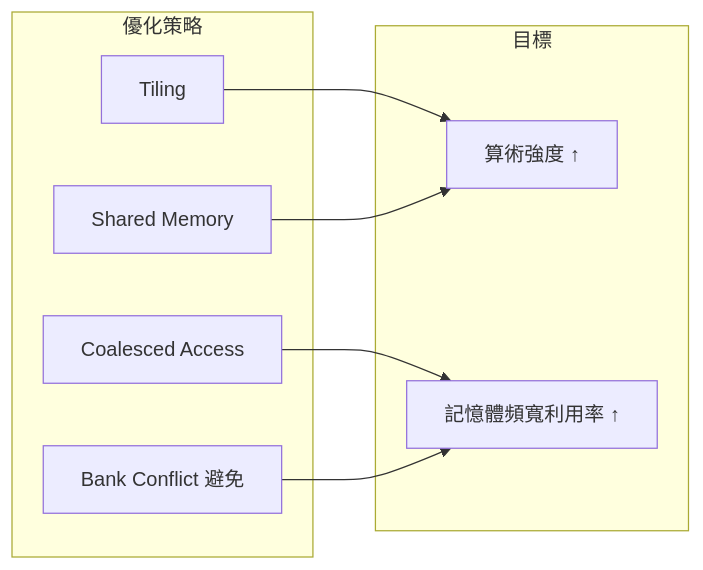
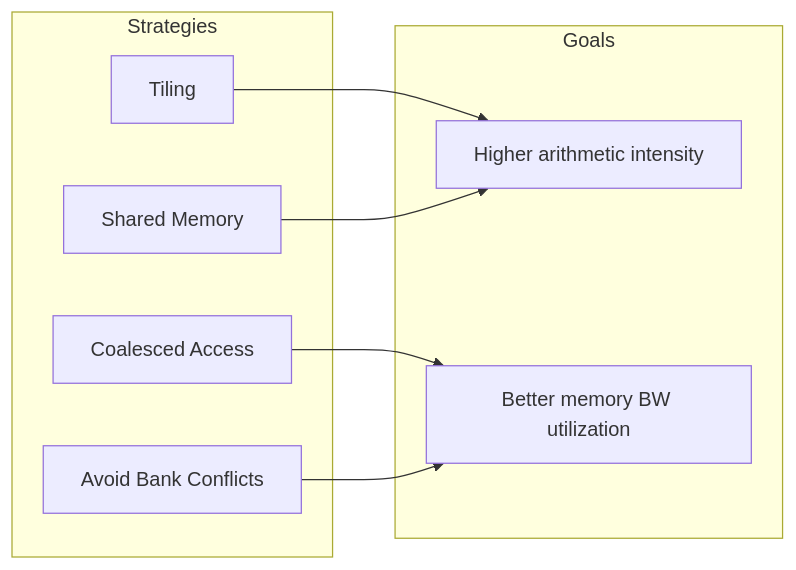
Before and after one commit to boson316/RTX3050-GPU-Mastery: the third of 7 diagrams in README.md, drawn with Mermaid. The commit also changed other lines of this file and 7 other files, not shown here.

````diff
--- a/README.md
+++ b/README.md
@@ -116,15 +120,15 @@
 ```mermaid
 flowchart LR
-    subgraph Optimal["優化策略"]
+    subgraph Optimal["Strategies"]
         A1[Tiling]
         A2[Shared Memory]
         A3[Coalesced Access]
-        A4[Bank Conflict 避免]
+        A4[Avoid Bank Conflicts]
     end
-    subgraph Target["目標"]
-        B1[算術強度 ↑]
-        B2[記憶體頻寬利用率 ↑]
+    subgraph Target["Goals"]
+        B1[Higher arithmetic intensity]
+        B2[Better memory BW utilization]
     end
     A1 & A2 --> B1
     A3 & A4 --> B2
 ```
````
